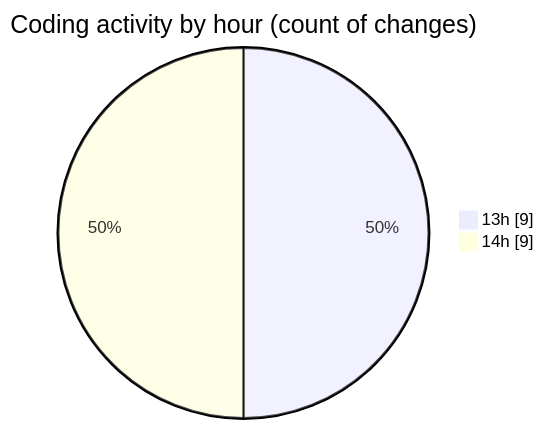
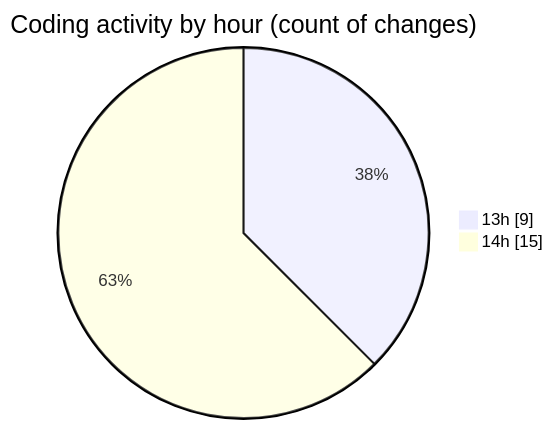
Before and after one commit to lephambinh05/code-tracking: the second of 2 diagrams in 2025-08-10/getmailotp/README.md, drawn with Mermaid. The commit also changed other lines of this file and 1 other file, not shown here.

````diff
--- a/2025-08-10/getmailotp/README.md
+++ b/2025-08-10/getmailotp/README.md
@@ -37,6 +38,6 @@
 ```mermaid
 pie showData
 title Coding activity by hour (count of changes)
 "13h" : 9
-"14h" : 9
+"14h" : 15
 ```
````
